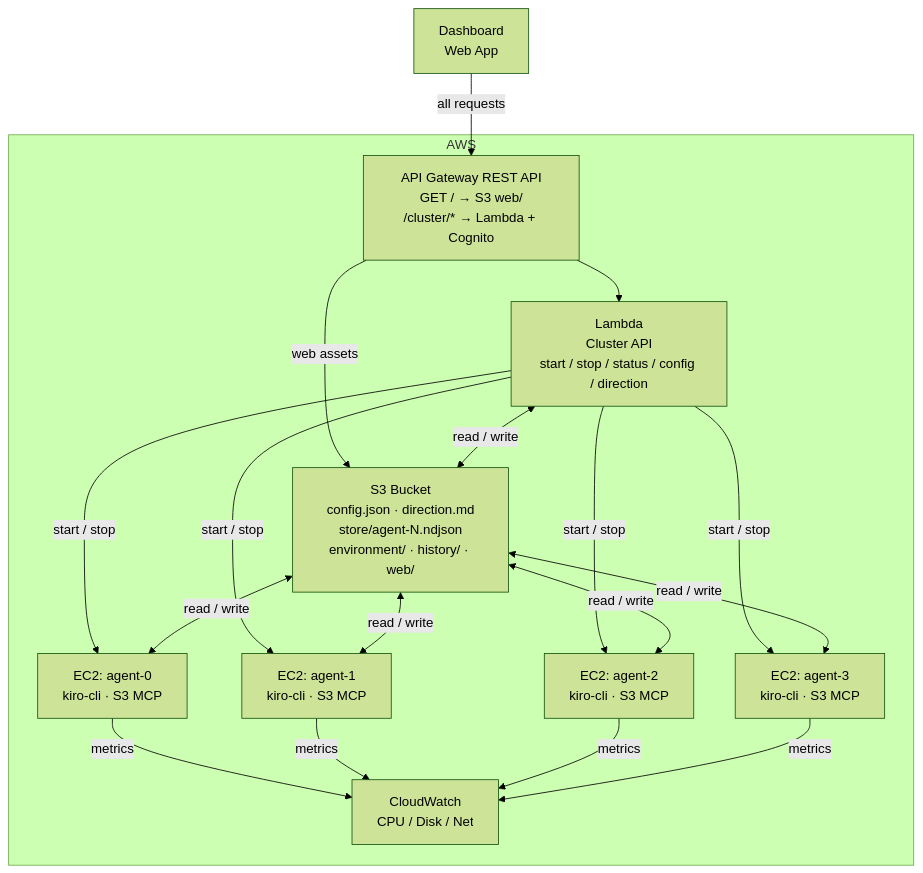
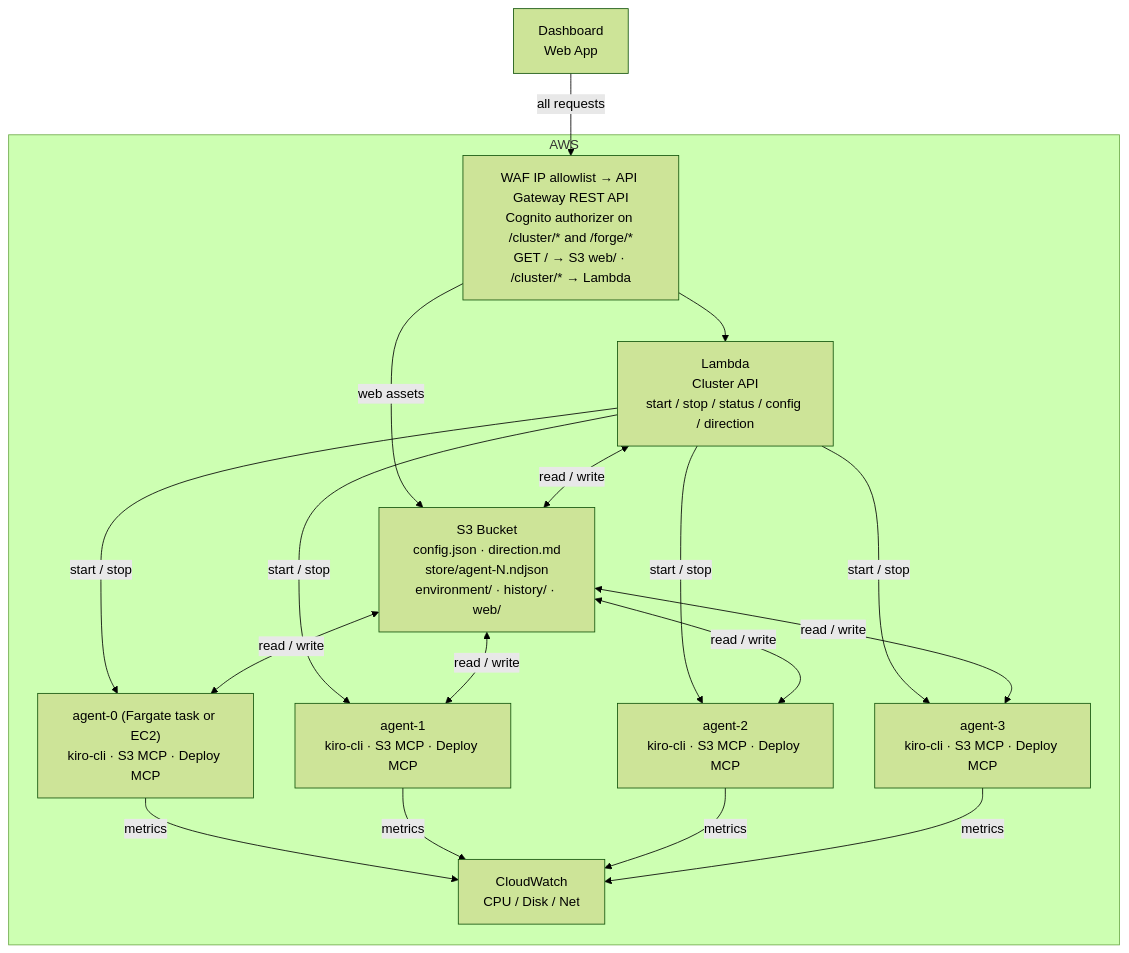
The diagram in kiro-flock-cluster/README.md (aws-samples/sample-kiro-flock), drawn with Mermaid (forest theme) before and after one commit. The commit also changed other lines of this file and 116 other files, not shown here.

````diff
--- a/kiro-flock-cluster/README.md
+++ b/kiro-flock-cluster/README.md
@@ -45,32 +100,32 @@
 ```mermaid
 graph TD
     Browser["Dashboard<br/>Web App"]
 
     subgraph AWS
-        WAF["API Gateway REST API<br/>GET / → S3 web/<br/>/cluster/* → Lambda + Cognito"]
+        WAF["WAF IP allowlist → API Gateway REST API<br/>Cognito authorizer on /cluster/* and /forge/*<br/>GET / → S3 web/ · /cluster/* → Lambda"]
         Lambda["Lambda<br/>Cluster API<br/>start / stop / status / config / direction"]
         S3["S3 Bucket<br/>config.json · direction.md<br/>store/agent-N.ndjson<br/>environment/ · history/ · web/"]
         CW["CloudWatch<br/>CPU / Disk / Net"]
-        A0["EC2: agent-0<br/>kiro-cli · S3 MCP"]
-        A1["EC2: agent-1<br/>kiro-cli · S3 MCP"]
-        A2["EC2: agent-2<br/>kiro-cli · S3 MCP"]
-        A3["EC2: agent-3<br/>kiro-cli · S3 MCP"]
+        A0["agent-0 (Fargate task or EC2)<br/>kiro-cli · S3 MCP · Deploy MCP"]
+        A1["agent-1<br/>kiro-cli · S3 MCP · Deploy MCP"]
+        A2["agent-2<br/>kiro-cli · S3 MCP · Deploy MCP"]
+        A3["agent-3<br/>kiro-cli · S3 MCP · Deploy MCP"]
     end
 
     Browser -->|all requests| WAF
     WAF -->|web assets| S3
     WAF --> Lambda
     Lambda <-->|read / write| S3
     Lambda -->|start / stop| A0
     Lambda -->|start / stop| A1
     Lambda -->|start / stop| A2
     Lambda -->|start / stop| A3
     S3 <-->|read / write| A0
     S3 <-->|read / write| A1
     S3 <-->|read / write| A2
     S3 <-->|read / write| A3
     A0 -->|metrics| CW
     A1 -->|metrics| CW
     A2 -->|metrics| CW
     A3 -->|metrics| CW
 ```
````
